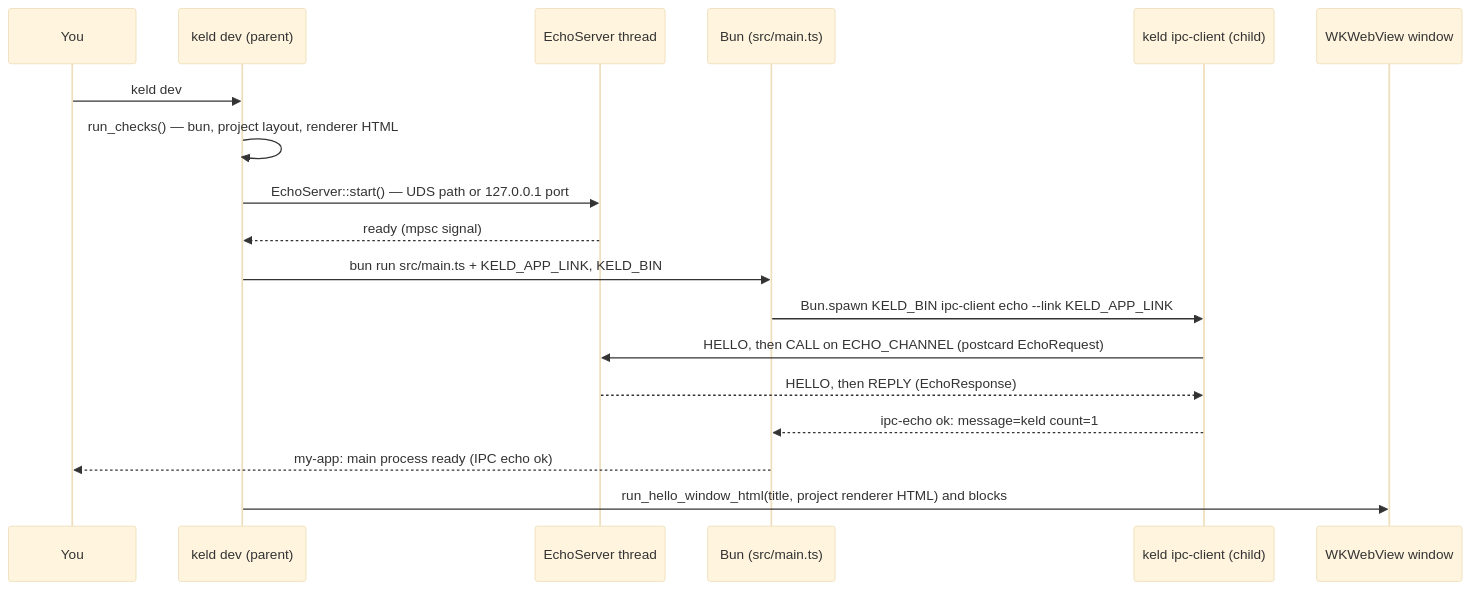
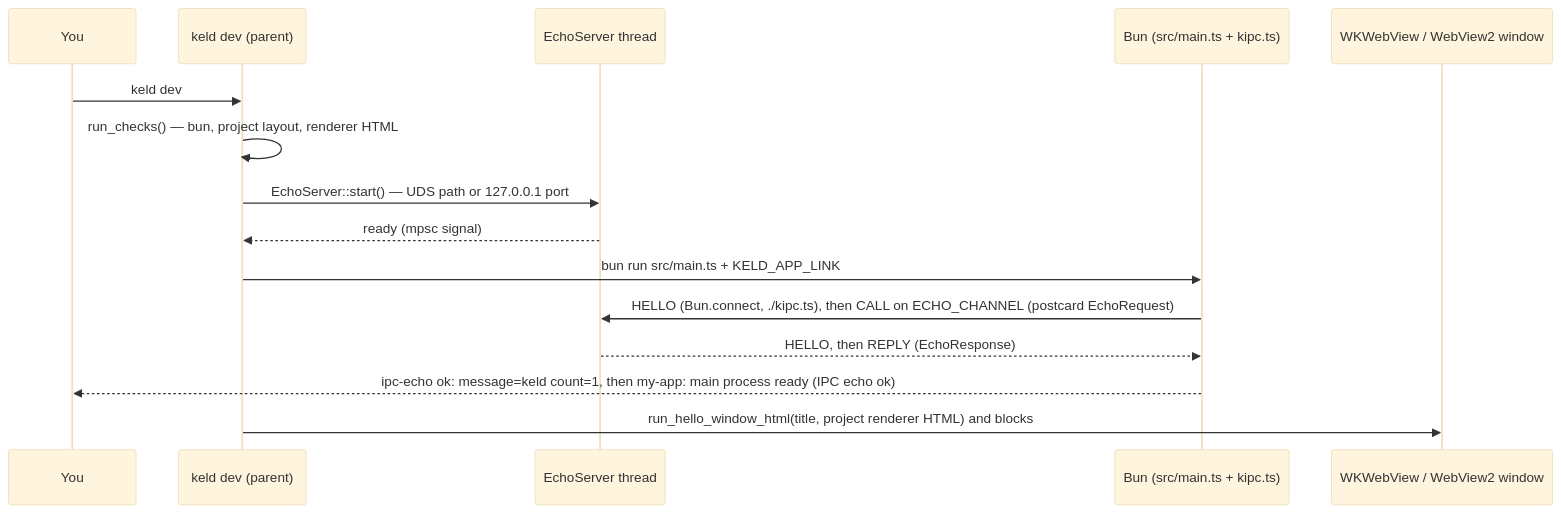
One commit to gyldlab/keld changed the diagram in docs/onboarding/03-api-and-cli-surface.md. Above: the diagram before and after it, drawn with Mermaid (base theme). The commit also changed other lines of this file and 6 other files, not shown here.

````diff
--- a/docs/onboarding/03-api-and-cli-surface.md
+++ b/docs/onboarding/03-api-and-cli-surface.md
@@ -696,21 +701,18 @@
 ```mermaid
 sequenceDiagram
     participant Dev as You
     participant CLI as keld dev (parent)
     participant Echo as EchoServer thread
-    participant Bun as Bun (src/main.ts)
-    participant Client as keld ipc-client (child)
-    participant Win as WKWebView window
+    participant Bun as Bun (src/main.ts + kipc.ts)
+    participant Win as WKWebView / WebView2 window
 
     Dev->>CLI: keld dev
     CLI->>CLI: run_checks() — bun, project layout, renderer HTML
     CLI->>Echo: EchoServer::start() — UDS path or 127.0.0.1 port
     Echo-->>CLI: ready (mpsc signal)
-    CLI->>Bun: bun run src/main.ts + KELD_APP_LINK, KELD_BIN
-    Bun->>Client: Bun.spawn KELD_BIN ipc-client echo --link KELD_APP_LINK
-    Client->>Echo: HELLO, then CALL on ECHO_CHANNEL (postcard EchoRequest)
-    Echo-->>Client: HELLO, then REPLY (EchoResponse)
-    Client-->>Bun: ipc-echo ok: message=keld count=1
-    Bun-->>Dev: my-app: main process ready (IPC echo ok)
+    CLI->>Bun: bun run src/main.ts + KELD_APP_LINK
+    Bun->>Echo: HELLO (Bun.connect, ./kipc.ts), then CALL on ECHO_CHANNEL (postcard EchoRequest)
+    Echo-->>Bun: HELLO, then REPLY (EchoResponse)
+    Bun-->>Dev: ipc-echo ok: message=keld count=1, then my-app: main process ready (IPC echo ok)
     CLI->>Win: run_hello_window_html(title, project renderer HTML) and blocks
 ```
````
